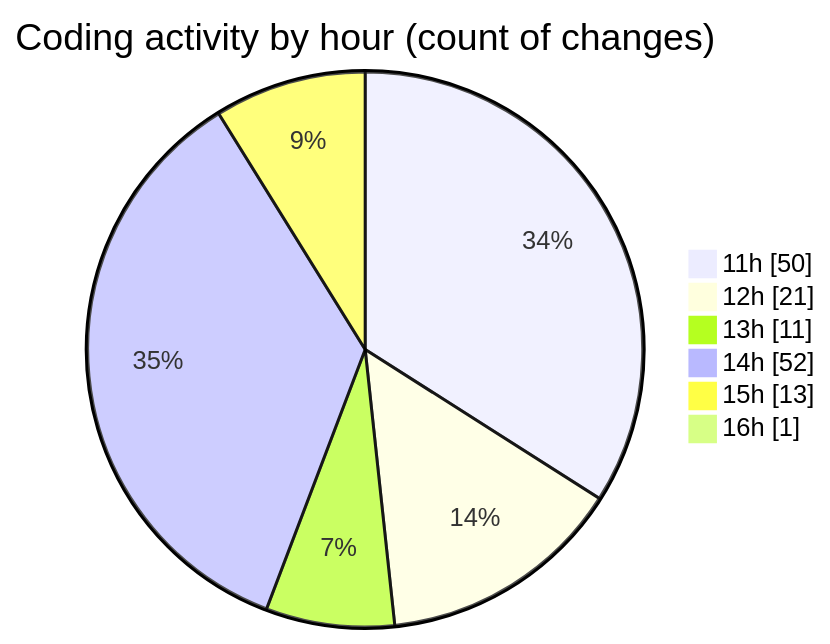
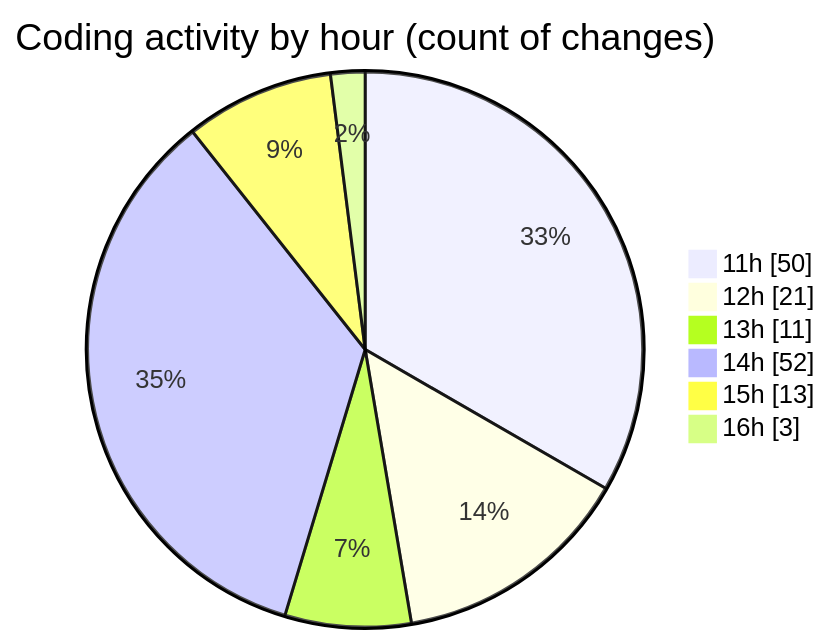
One commit to tmsrecording-cyber/code-tracking changed the second of 2 diagrams in 2026-02-06/singularitybrainai/README.md. Above: the diagram before and after it, drawn with Mermaid. The commit also changed other lines of this file and 1 other file, not shown here.

````diff
--- a/2026-02-06/singularitybrainai/README.md
+++ b/2026-02-06/singularitybrainai/README.md
@@ -42,10 +42,10 @@
 ```mermaid
 pie showData
 title Coding activity by hour (count of changes)
 "11h" : 50
 "12h" : 21
 "13h" : 11
 "14h" : 52
 "15h" : 13
-"16h" : 1
+"16h" : 3
 ```
````
